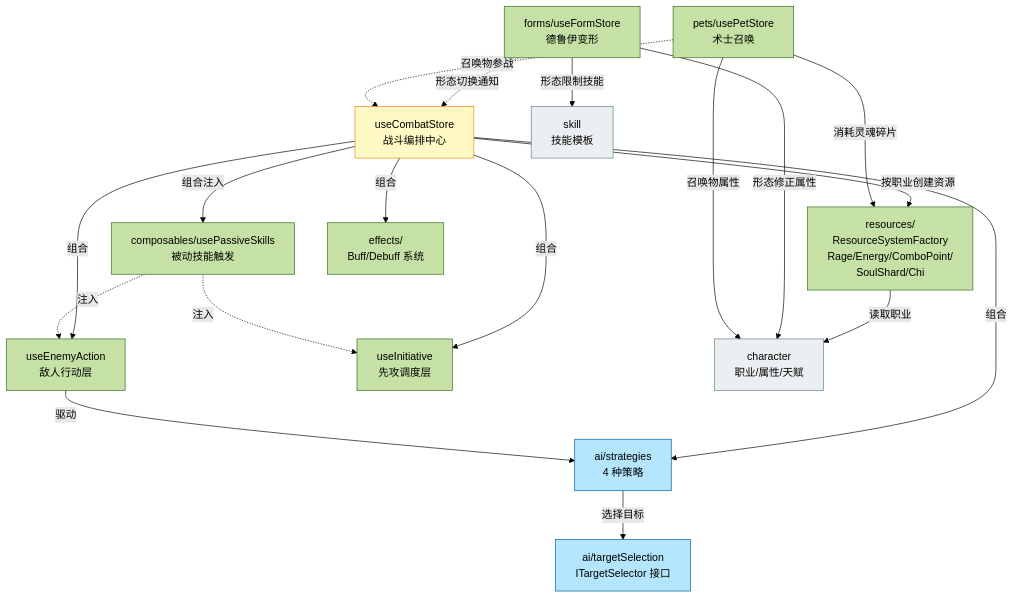
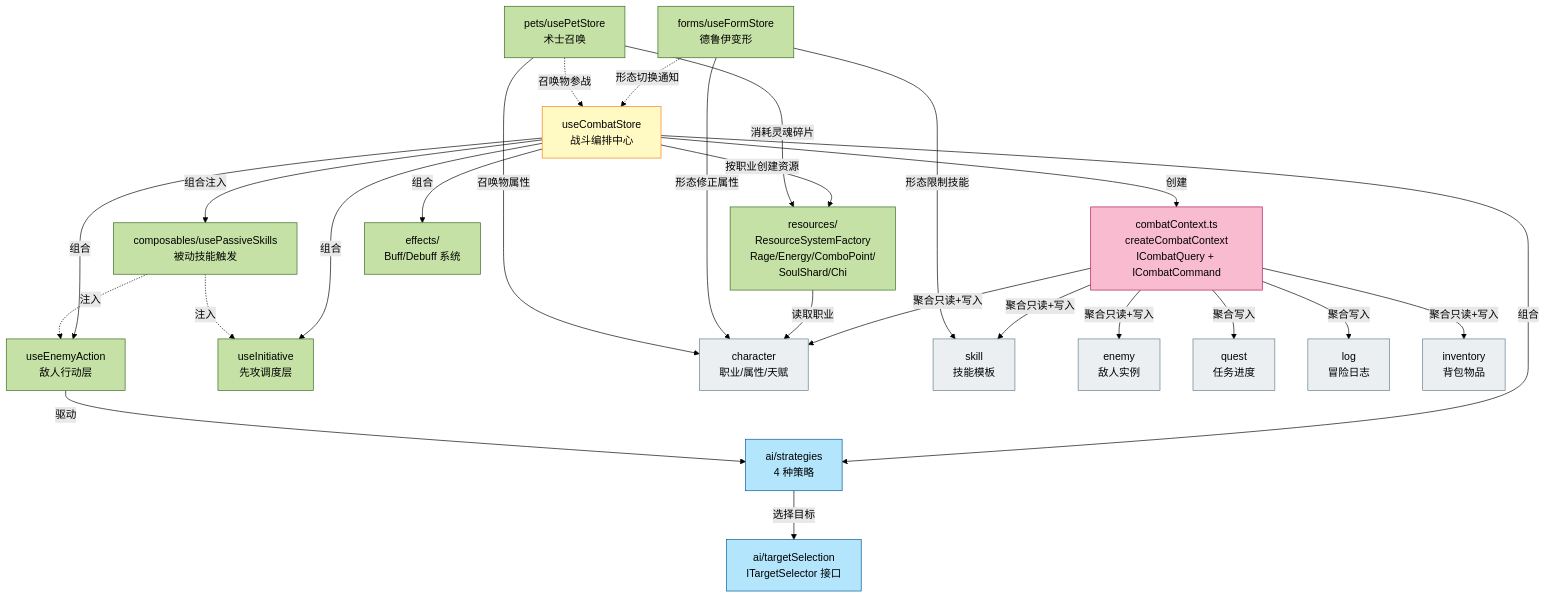
The sixth of 11 diagrams in doc/project/ARCHITECTURE_DIAGRAMS.md (SonDemigods/wow_dnd), drawn with Mermaid (forest theme) before and after one commit. The commit also changed other lines of this file and 4 other files, not shown here.

````diff
--- a/doc/project/ARCHITECTURE_DIAGRAMS.md
+++ b/doc/project/ARCHITECTURE_DIAGRAMS.md
@@ -397,58 +440,76 @@
 ```mermaid
 graph TD
     %% ===== 编排中心 =====
     combat[useCombatStore<br/>战斗编排中心]
+
+    %% ===== 战斗上下文 =====
+    ctx[combatContext.ts<br/>createCombatContext<br/>ICombatQuery + ICombatCommand]
 
     %% ===== 战斗内部子模块 =====
     resources[resources/<br/>ResourceSystemFactory<br/>Rage/Energy/ComboPoint/<br/>SoulShard/Chi]
     passive[composables/usePassiveSkills<br/>被动技能触发]
     effects[effects/<br/>Buff/Debuff 系统]
     forms[forms/useFormStore<br/>德鲁伊变形]
     pets[pets/usePetStore<br/>术士召唤]
     targetSel[ai/targetSelection<br/>ITargetSelector 接口]
     strategies[ai/strategies<br/>4 种策略]
 
     %% ===== composable 调用方 =====
     useEnemyAction[useEnemyAction<br/>敌人行动层]
     useInitiative[useInitiative<br/>先攻调度层]
 
-    %% ===== 外部数据源 =====
+    %% ===== 外部数据源（经 ctx 收口）=====
     character[character<br/>职业/属性/天赋]
     skill[skill<br/>技能模板]
+    enemy[enemy<br/>敌人实例]
+    quest[quest<br/>任务进度]
+    log[log<br/>冒险日志]
+    inventory[inventory<br/>背包物品]
 
     %% ===== combat Store 组合关系 =====
+    combat -->|创建| ctx
     combat -->|按职业创建资源| resources
     combat -->|组合注入| passive
     combat -->|组合| effects
     combat -->|组合| strategies
     combat -->|组合| useEnemyAction
     combat -->|组合| useInitiative
+
+    %% ===== 上下文聚合外部 Store =====
+    ctx -->|聚合只读+写入| character
+    ctx -->|聚合只读+写入| skill
+    ctx -->|聚合只读+写入| enemy
+    ctx -->|聚合写入| quest
+    ctx -->|聚合写入| log
+    ctx -->|聚合只读+写入| inventory
 
     %% ===== 被动技能注入 =====
     passive -.->|注入| useEnemyAction
     passive -.->|注入| useInitiative
 
     %% ===== AI 目标选择 =====
     strategies -->|选择目标| targetSel
     useEnemyAction -->|驱动| strategies
 
     %% ===== 职业差异化子模块对外 =====
     resources -->|读取职业| character
     forms -->|形态修正属性| character
     forms -->|形态限制技能| skill
     forms -.->|形态切换通知| combat
     pets -->|召唤物属性| character
     pets -.->|召唤物参战| combat
     pets -->|消耗灵魂碎片| resources
 
     %% ===== 样式 =====
     classDef center fill:#fff9c4,stroke:#f57f17,color:#000
+    classDef ctxLayer fill:#f8bbd0,stroke:#ad1457,color:#000
     classDef sub fill:#c5e1a5,stroke:#33691e,color:#000
     classDef ext fill:#eceff1,stroke:#607d8b,color:#000
     classDef aiLayer fill:#b3e5fc,stroke:#01579b,color:#000
 
     class combat center
+    class ctx ctxLayer
     class resources,passive,effects,forms,pets,useEnemyAction,useInitiative sub
     class targetSel,strategies aiLayer
-    class character,skill ext
+    class character,skill,enemy,quest,log,inventory ext
 ```
````
